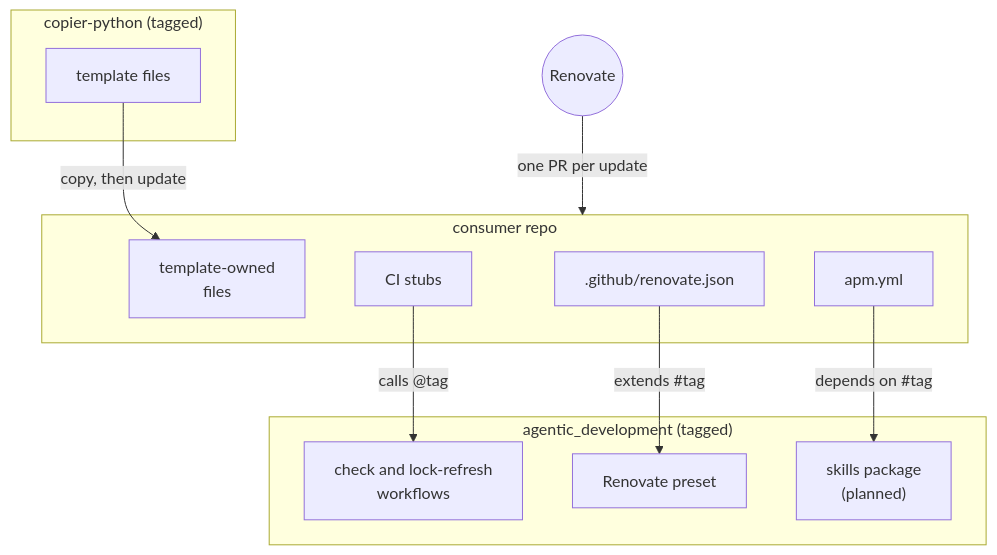
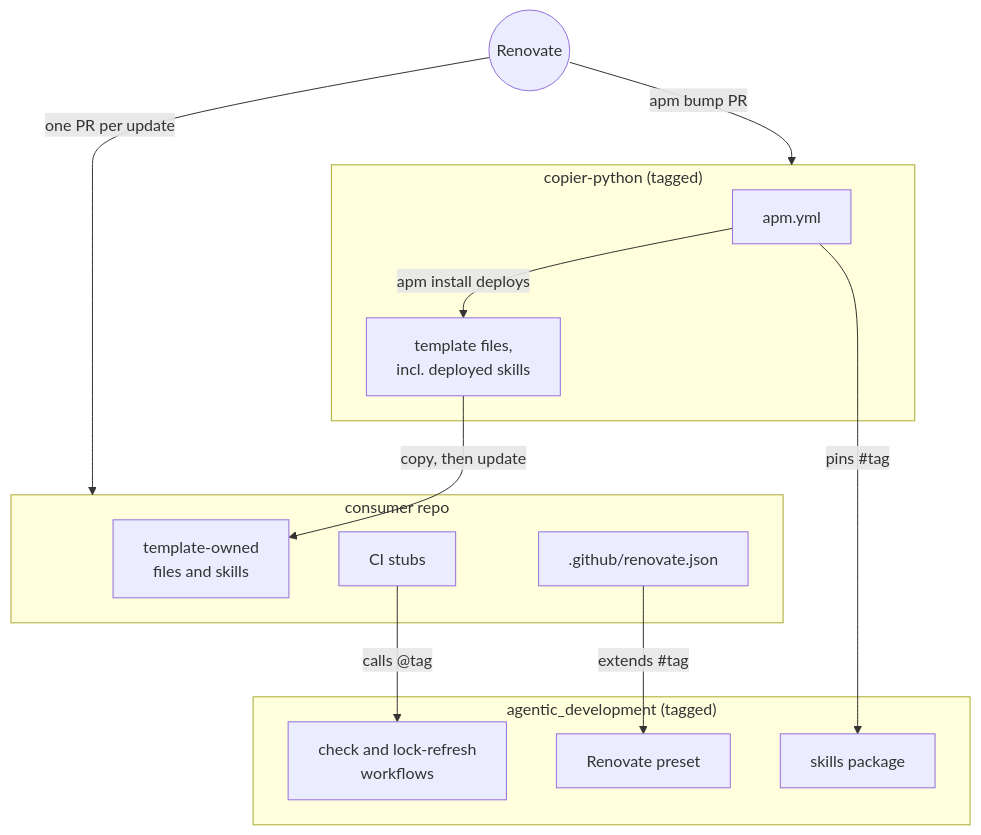
The diagram in docs/high-level-design.md (jmbowman/agentic_development), drawn with Mermaid before and after one commit. The commit also changed other lines of this file and 112 other files, not shown here.

````diff
--- a/docs/high-level-design.md
+++ b/docs/high-level-design.md
@@ -100,23 +108,25 @@
 ```mermaid
 flowchart TB
   subgraph AD["agentic_development (tagged)"]
     WF["check and lock-refresh<br/>workflows"]
     PS["Renovate preset"]
-    SK["skills package<br/>(planned)"]
+    SK["skills package"]
   end
   subgraph CP["copier-python (tagged)"]
-    T["template files"]
+    TAPM["apm.yml"]
+    T["template files,<br/>incl. deployed skills"]
   end
   subgraph R["consumer repo"]
-    CFG["template-owned<br/>files"]
+    CFG["template-owned<br/>files and skills"]
     STUB["CI stubs"]
     RJ[".github/renovate.json"]
-    APM["apm.yml"]
   end
   RN(("Renovate"))
+  TAPM -->|"pins #tag"| SK
+  TAPM -->|"apm install deploys"| T
   T -->|"copy, then update"| CFG
   STUB -->|"calls @tag"| WF
   RJ -->|"extends #tag"| PS
-  APM -->|"depends on #tag"| SK
   RN -->|"one PR per update"| R
+  RN -->|"apm bump PR"| CP
 ```
````
